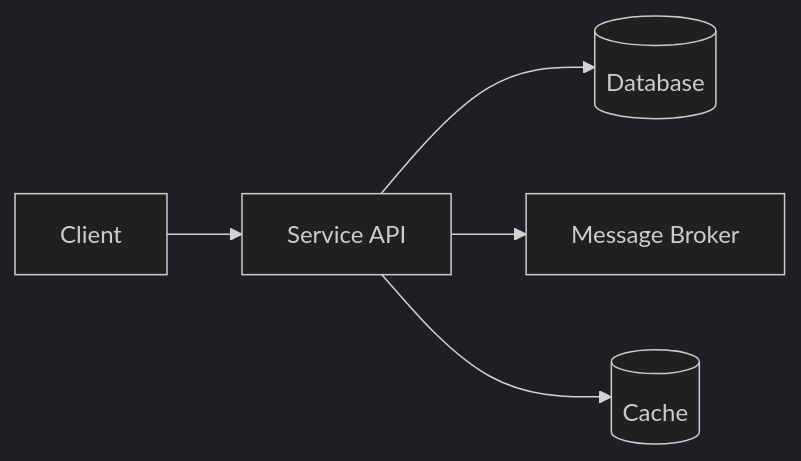
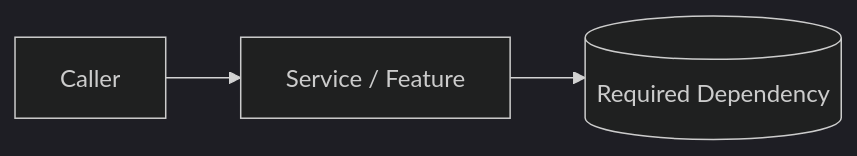
The diagram in templates/docs/design-doc-template.md (avinash2196/production-engineering-standards), drawn with Mermaid (dark theme) before and after one commit. The commit also changed other lines of this file and 61 other files, not shown here.

````diff
--- a/templates/docs/design-doc-template.md
+++ b/templates/docs/design-doc-template.md
@@ -44,7 +40,5 @@
 ```mermaid
 graph LR
-  Client --> API[Service API]
-  API --> DB[(Database)]
-  API --> Queue[Message Broker]
-  API --> Cache[(Cache)]
+  Caller --> Component[Service / Feature]
+  Component --> Dependency[(Required Dependency)]
 ```
````
